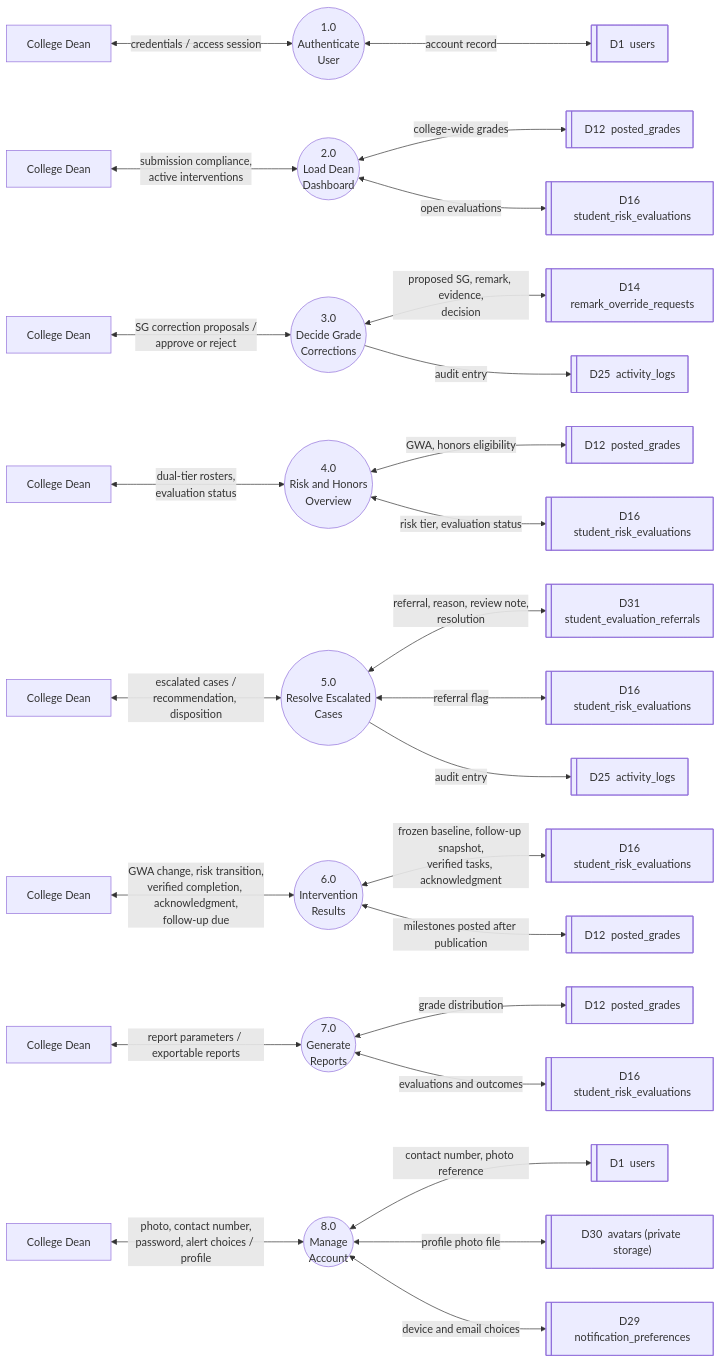
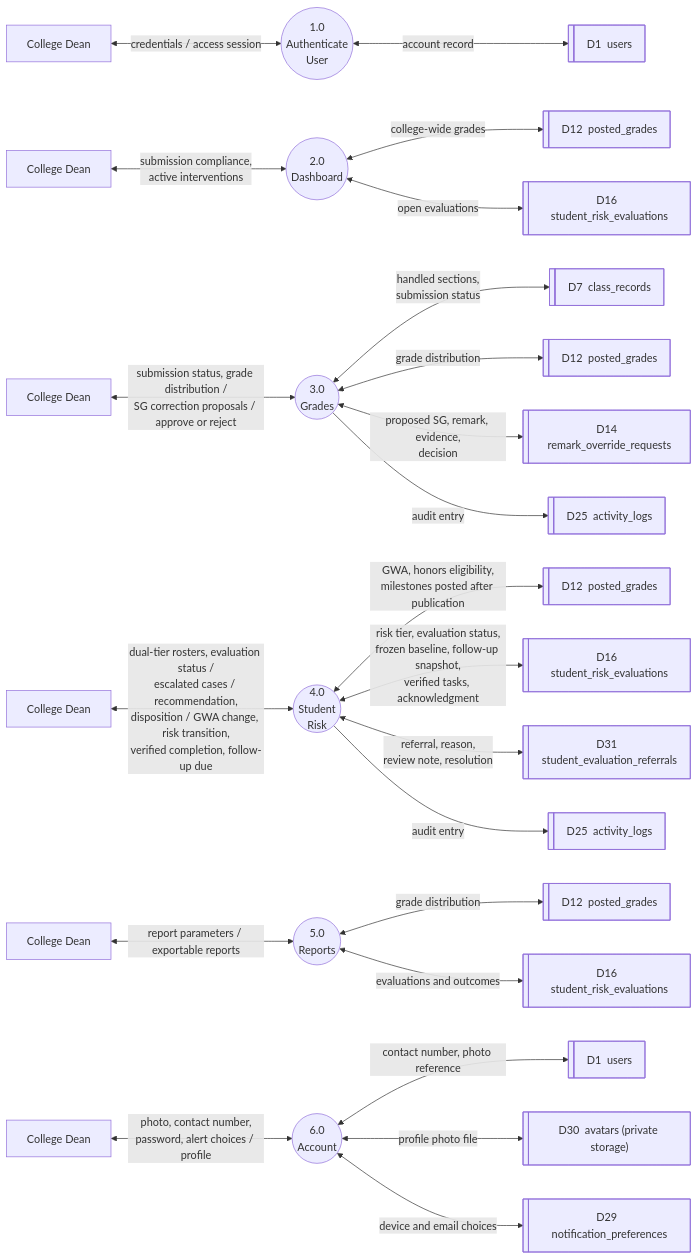
The diagram in docs/02-thesis/figures/Figure-2.10-DFD-Dean.mmd (kurarensu16/sage), drawn with Mermaid before and after one commit. The commit also changed 85 other files, not shown here.

```diff
--- a/docs/02-thesis/figures/Figure-2.10-DFD-Dean.mmd
+++ b/docs/02-thesis/figures/Figure-2.10-DFD-Dean.mmd
@@ -1,47 +1,40 @@
 flowchart LR
-%% ===== Figure 2.10 — Level 1 DFD: Dean Portal (updated 2026-10-10) =====
-%% Dean decides the faculty's SG proposal (no direct grade write); referrals stored in
-%% student_evaluation_referrals; Intervention Results reads frozen baseline/follow-up,
-%% verified tasks, acknowledgment, and posted milestones (follow-up due); 8.0 Manage Account.
+%% ===== Figure 2.10 — Level 1 DFD: Dean Portal (consolidated to module-level processes, 2026-10-14) =====
+%% Each process now corresponds 1:1 with a module in Figure 2.12 (VTOC) and the Scope and Delimitation.
+%% Decide Grade Corrections broadens into 3.0 Grades (adds submission-status and distribution reads).
+%% Risk and Honors Overview / Resolve Escalated Cases / Intervention Results merge into 4.0 Student Risk.
 %% Layout: External entity (left) -> Process (middle) -> Data stores (right)
 
   %% ---------- 1.0 ----------
   C1["College Dean"] <-- "credentials / access session" --> P1(("1.0<br/>Authenticate<br/>User"))
   P1 <-- "account record" --> D1@{ shape: lin-rect, label: "D1&nbsp; users" }
 
   %% ---------- 2.0 ----------
-  C2["College Dean"] <-- "submission compliance,<br/>active interventions" --> P2(("2.0<br/>Load Dean<br/>Dashboard"))
+  C2["College Dean"] <-- "submission compliance,<br/>active interventions" --> P2(("2.0<br/>Dashboard"))
   P2 <-- "college-wide grades" --> D12b@{ shape: lin-rect, label: "D12&nbsp; posted_grades" }
   P2 <-- "open evaluations" --> D16b@{ shape: lin-rect, label: "D16&nbsp; student_risk_evaluations" }
 
   %% ---------- 3.0 ----------
-  C3["College Dean"] <-- "SG correction proposals /<br/>approve or reject" --> P3(("3.0<br/>Decide Grade<br/>Corrections"))
+  C3["College Dean"] <-- "submission status, grade distribution /<br/>SG correction proposals / approve or reject" --> P3(("3.0<br/>Grades"))
+  P3 <-- "handled sections,<br/>submission status" --> D7c@{ shape: lin-rect, label: "D7&nbsp; class_records" }
+  P3 <-- "grade distribution" --> D12c@{ shape: lin-rect, label: "D12&nbsp; posted_grades" }
   P3 <-- "proposed SG, remark, evidence,<br/>decision" --> D14c@{ shape: lin-rect, label: "D14&nbsp; remark_override_requests" }
   P3 -- "audit entry" --> D25c@{ shape: lin-rect, label: "D25&nbsp; activity_logs" }
 
   %% ---------- 4.0 ----------
-  C4["College Dean"] <-- "dual-tier rosters,<br/>evaluation status" --> P4(("4.0<br/>Risk and Honors<br/>Overview"))
-  P4 <-- "GWA, honors eligibility" --> D12d@{ shape: lin-rect, label: "D12&nbsp; posted_grades" }
-  P4 <-- "risk tier, evaluation status" --> D16d@{ shape: lin-rect, label: "D16&nbsp; student_risk_evaluations" }
+  C4["College Dean"] <-- "dual-tier rosters, evaluation status /<br/>escalated cases / recommendation,<br/>disposition / GWA change, risk transition,<br/>verified completion, follow-up due" --> P4(("4.0<br/>Student<br/>Risk"))
+  P4 <-- "GWA, honors eligibility,<br/>milestones posted after publication" --> D12d@{ shape: lin-rect, label: "D12&nbsp; posted_grades" }
+  P4 <-- "risk tier, evaluation status,<br/>frozen baseline, follow-up snapshot,<br/>verified tasks, acknowledgment" --> D16d@{ shape: lin-rect, label: "D16&nbsp; student_risk_evaluations" }
+  P4 <-- "referral, reason,<br/>review note, resolution" --> D31d@{ shape: lin-rect, label: "D31&nbsp; student_evaluation_referrals" }
+  P4 -- "audit entry" --> D25d@{ shape: lin-rect, label: "D25&nbsp; activity_logs" }
 
   %% ---------- 5.0 ----------
-  C5["College Dean"] <-- "escalated cases /<br/>recommendation, disposition" --> P5(("5.0<br/>Resolve Escalated<br/>Cases"))
-  P5 <-- "referral, reason, review note,<br/>resolution" --> D31e@{ shape: lin-rect, label: "D31&nbsp; student_evaluation_referrals" }
-  P5 <-- "referral flag" --> D16e@{ shape: lin-rect, label: "D16&nbsp; student_risk_evaluations" }
-  P5 -- "audit entry" --> D25e@{ shape: lin-rect, label: "D25&nbsp; activity_logs" }
+  C5["College Dean"] <-- "report parameters / exportable reports" --> P5(("5.0<br/>Reports"))
+  P5 <-- "grade distribution" --> D12e@{ shape: lin-rect, label: "D12&nbsp; posted_grades" }
+  P5 <-- "evaluations and outcomes" --> D16e@{ shape: lin-rect, label: "D16&nbsp; student_risk_evaluations" }
 
   %% ---------- 6.0 ----------
-  C6["College Dean"] <-- "GWA change, risk transition,<br/>verified completion, acknowledgment,<br/>follow-up due" --> P6(("6.0<br/>Intervention<br/>Results"))
-  P6 <-- "frozen baseline, follow-up snapshot,<br/>verified tasks, acknowledgment" --> D16f@{ shape: lin-rect, label: "D16&nbsp; student_risk_evaluations" }
-  P6 <-- "milestones posted after publication" --> D12f@{ shape: lin-rect, label: "D12&nbsp; posted_grades" }
-
-  %% ---------- 7.0 ----------
-  C7["College Dean"] <-- "report parameters / exportable reports" --> P7(("7.0<br/>Generate<br/>Reports"))
-  P7 <-- "grade distribution" --> D12g@{ shape: lin-rect, label: "D12&nbsp; posted_grades" }
-  P7 <-- "evaluations and outcomes" --> D16g@{ shape: lin-rect, label: "D16&nbsp; student_risk_evaluations" }
-
-  %% ---------- 8.0 ----------
-  C8["College Dean"] <-- "photo, contact number,<br/>password, alert choices / profile" --> P8(("8.0<br/>Manage<br/>Account"))
-  P8 <-- "contact number, photo reference" --> D1h@{ shape: lin-rect, label: "D1&nbsp; users" }
-  P8 <-- "profile photo file" --> D30h@{ shape: lin-rect, label: "D30&nbsp; avatars (private storage)" }
-  P8 <-- "device and email choices" --> D29h@{ shape: lin-rect, label: "D29&nbsp; notification_preferences" }
+  C6["College Dean"] <-- "photo, contact number,<br/>password, alert choices / profile" --> P6(("6.0<br/>Account"))
+  P6 <-- "contact number, photo reference" --> D1f@{ shape: lin-rect, label: "D1&nbsp; users" }
+  P6 <-- "profile photo file" --> D30f@{ shape: lin-rect, label: "D30&nbsp; avatars (private storage)" }
+  P6 <-- "device and email choices" --> D29f@{ shape: lin-rect, label: "D29&nbsp; notification_preferences" }
```
